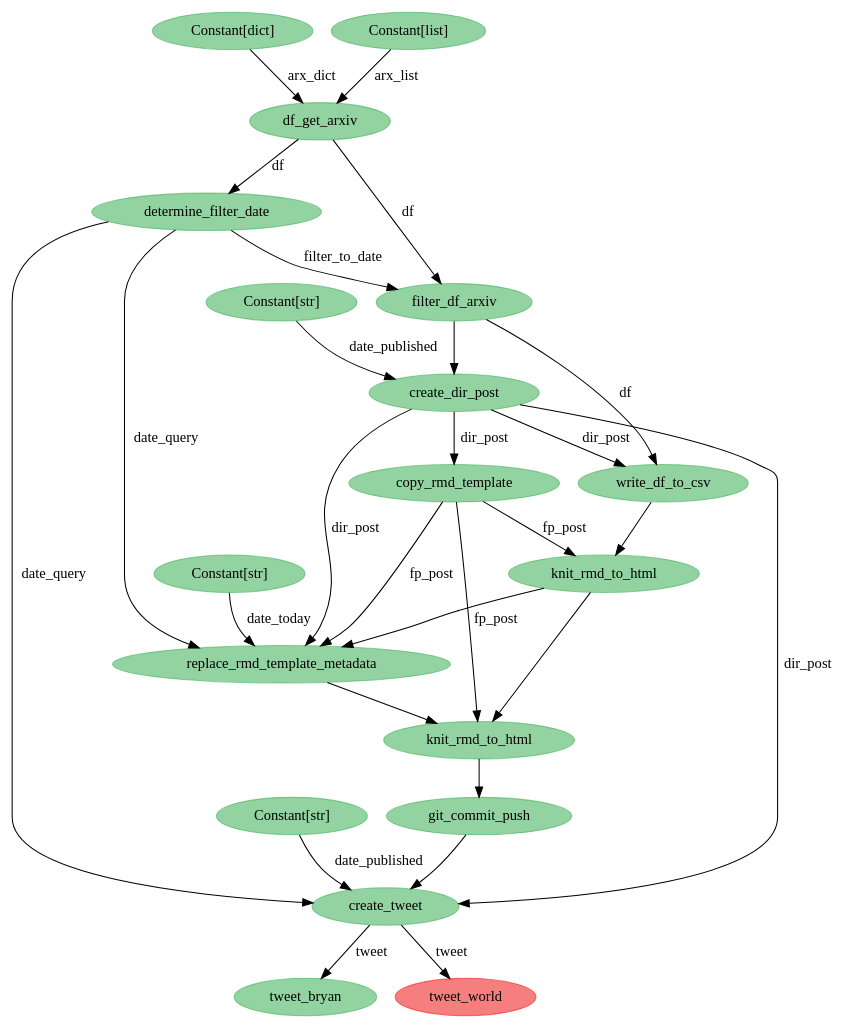
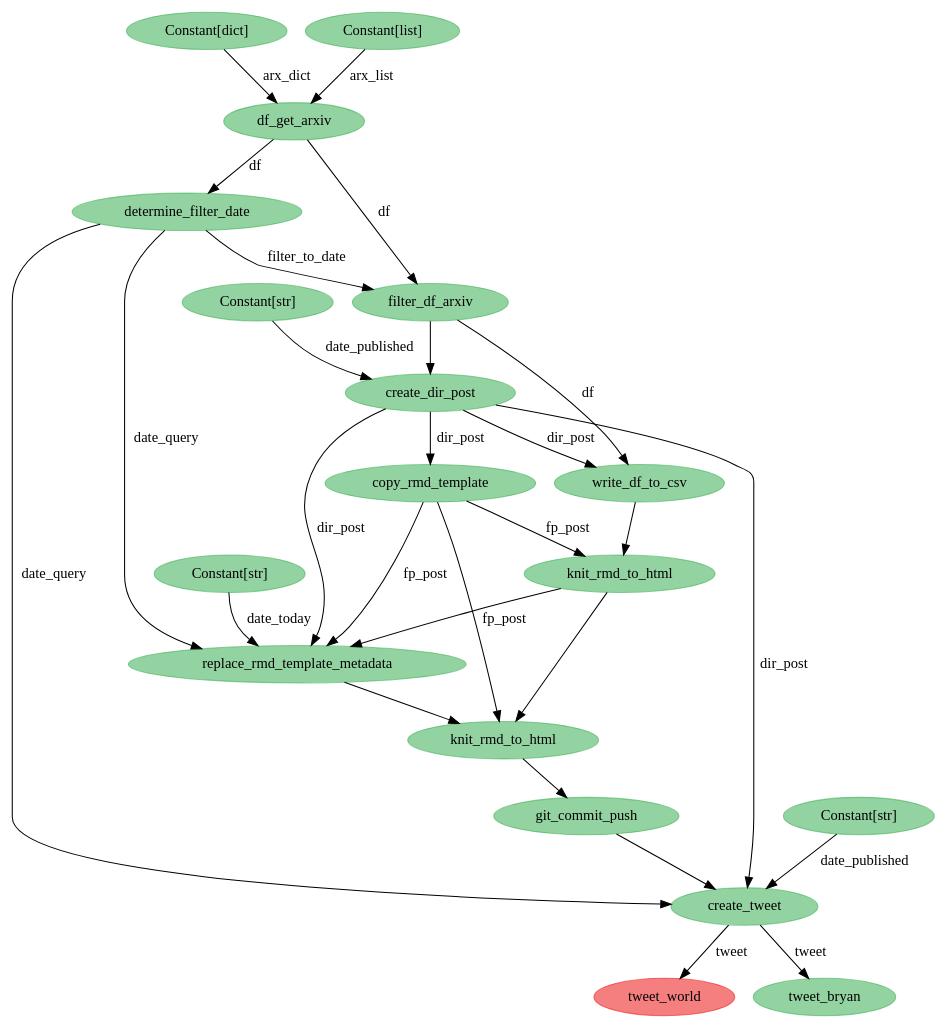
The diagram in python/state-viz.dot (bryanwhiting/ds-arxiv), drawn with Graphviz before and after one commit. The commit also changed 24 other files, not shown here.

```diff
--- a/python/state-viz.dot
+++ b/python/state-viz.dot
@@ -1,47 +1,47 @@
 digraph {
-	4725275152 [label=git_commit_push color="#28a74580" colorscheme=svg shape=ellipse style=filled]
-	4725274192 [label=replace_rmd_template_metadata color="#28a74580" colorscheme=svg shape=ellipse style=filled]
-	4725274256 [label="Constant[str]" color="#28a74580" colorscheme=svg shape=ellipse style=filled]
-	4725275408 [label=create_tweet color="#28a74580" colorscheme=svg shape=ellipse style=filled]
-	4725275472 [label="Constant[str]" color="#28a74580" colorscheme=svg shape=ellipse style=filled]
-	4725239312 [label=df_get_arxiv color="#28a74580" colorscheme=svg shape=ellipse style=filled]
-	4725272912 [label=filter_df_arxiv color="#28a74580" colorscheme=svg shape=ellipse style=filled]
-	4725239120 [label="Constant[dict]" color="#28a74580" colorscheme=svg shape=ellipse style=filled]
-	4725272656 [label=determine_filter_date color="#28a74580" colorscheme=svg shape=ellipse style=filled]
-	4725238992 [label="Constant[list]" color="#28a74580" colorscheme=svg shape=ellipse style=filled]
-	4725273040 [label=create_dir_post color="#28a74580" colorscheme=svg shape=ellipse style=filled]
-	4725273616 [label="Constant[str]" color="#28a74580" colorscheme=svg shape=ellipse style=filled]
-	4725273168 [label=write_df_to_csv color="#28a74580" colorscheme=svg shape=ellipse style=filled]
-	4725273744 [label=copy_rmd_template color="#28a74580" colorscheme=svg shape=ellipse style=filled]
-	4725273936 [label=knit_rmd_to_html color="#28a74580" colorscheme=svg shape=ellipse style=filled]
-	4725274832 [label=knit_rmd_to_html color="#28a74580" colorscheme=svg shape=ellipse style=filled]
-	4725275856 [label=tweet_bryan color="#28a74580" colorscheme=svg shape=ellipse style=filled]
-	4725276048 [label=tweet_world color="#eb000080" colorscheme=svg shape=ellipse style=filled]
-	4725273744 -> 4725273936 [label=fp_post]
-	4725273744 -> 4725274192 [label=fp_post]
-	4725273744 -> 4725274832 [label=fp_post]
-	4725238992 -> 4725239312 [label=arx_list]
-	4725274256 -> 4725274192 [label=date_today]
-	4725275408 -> 4725276048 [label=tweet]
-	4725239312 -> 4725272912 [label=df]
-	4725239312 -> 4725272656 [label=df]
-	4725272656 -> 4725275408 [label=date_query]
-	4725273040 -> 4725273168 [label=dir_post]
-	4725273616 -> 4725273040 [label=date_published]
-	4725273040 -> 4725274192 [label=dir_post]
-	4725275472 -> 4725275408 [label=date_published]
-	4725274832 -> 4725275152
-	4725275408 -> 4725275856 [label=tweet]
-	4725272912 -> 4725273168 [label=df]
-	4725272656 -> 4725274192 [label=date_query]
-	4725273040 -> 4725273744 [label=dir_post]
-	4725273040 -> 4725275408 [label=dir_post]
-	4725272912 -> 4725273040
-	4725273168 -> 4725273936
-	4725273936 -> 4725274192
-	4725239120 -> 4725239312 [label=arx_dict]
-	4725272656 -> 4725272912 [label=filter_to_date]
-	4725273936 -> 4725274832
-	4725274192 -> 4725274832
-	4725275152 -> 4725275408
+	4587318864 [label=tweet_world color="#eb000080" colorscheme=svg shape=ellipse style=filled]
+	4587317968 [label=git_commit_push color="#28a74580" colorscheme=svg shape=ellipse style=filled]
+	4587317008 [label=replace_rmd_template_metadata color="#28a74580" colorscheme=svg shape=ellipse style=filled]
+	4587317072 [label="Constant[str]" color="#28a74580" colorscheme=svg shape=ellipse style=filled]
+	4587318672 [label=tweet_bryan color="#28a74580" colorscheme=svg shape=ellipse style=filled]
+	4587318224 [label=create_tweet color="#28a74580" colorscheme=svg shape=ellipse style=filled]
+	4587306704 [label=df_get_arxiv color="#28a74580" colorscheme=svg shape=ellipse style=filled]
+	4587306512 [label="Constant[dict]" color="#28a74580" colorscheme=svg shape=ellipse style=filled]
+	4587306384 [label="Constant[list]" color="#28a74580" colorscheme=svg shape=ellipse style=filled]
+	4587315728 [label=filter_df_arxiv color="#28a74580" colorscheme=svg shape=ellipse style=filled]
+	4587315408 [label=determine_filter_date color="#28a74580" colorscheme=svg shape=ellipse style=filled]
+	4587315856 [label=create_dir_post color="#28a74580" colorscheme=svg shape=ellipse style=filled]
+	4587316432 [label="Constant[str]" color="#28a74580" colorscheme=svg shape=ellipse style=filled]
+	4587315984 [label=write_df_to_csv color="#28a74580" colorscheme=svg shape=ellipse style=filled]
+	4587316560 [label=copy_rmd_template color="#28a74580" colorscheme=svg shape=ellipse style=filled]
+	4587316752 [label=knit_rmd_to_html color="#28a74580" colorscheme=svg shape=ellipse style=filled]
+	4587318288 [label="Constant[str]" color="#28a74580" colorscheme=svg shape=ellipse style=filled]
+	4587317648 [label=knit_rmd_to_html color="#28a74580" colorscheme=svg shape=ellipse style=filled]
+	4587318224 -> 4587318864 [label=tweet]
+	4587315856 -> 4587315984 [label=dir_post]
+	4587315408 -> 4587315728 [label=filter_to_date]
+	4587306704 -> 4587315728 [label=df]
+	4587316432 -> 4587315856 [label=date_published]
+	4587318288 -> 4587318224 [label=date_published]
+	4587317648 -> 4587317968
+	4587315408 -> 4587318224 [label=date_query]
+	4587315856 -> 4587316560 [label=dir_post]
+	4587316560 -> 4587317648 [label=fp_post]
+	4587316560 -> 4587317008 [label=fp_post]
+	4587316560 -> 4587316752 [label=fp_post]
+	4587315856 -> 4587318224 [label=dir_post]
+	4587318224 -> 4587318672 [label=tweet]
+	4587306704 -> 4587315408 [label=df]
+	4587315728 -> 4587315984 [label=df]
+	4587306384 -> 4587306704 [label=arx_list]
+	4587315728 -> 4587315856
+	4587315984 -> 4587316752
+	4587316752 -> 4587317008
+	4587316752 -> 4587317648
+	4587317008 -> 4587317648
+	4587317968 -> 4587318224
+	4587315408 -> 4587317008 [label=date_query]
+	4587306512 -> 4587306704 [label=arx_dict]
+	4587317072 -> 4587317008 [label=date_today]
+	4587315856 -> 4587317008 [label=dir_post]
 }
```
